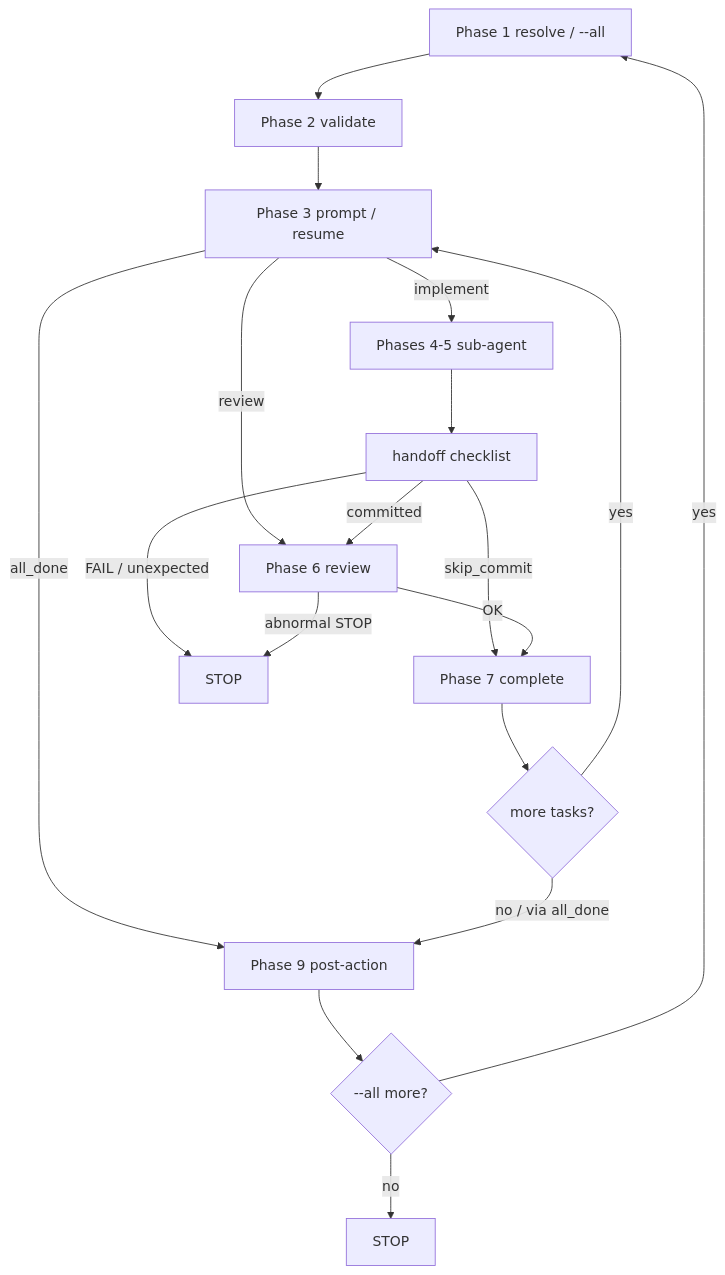
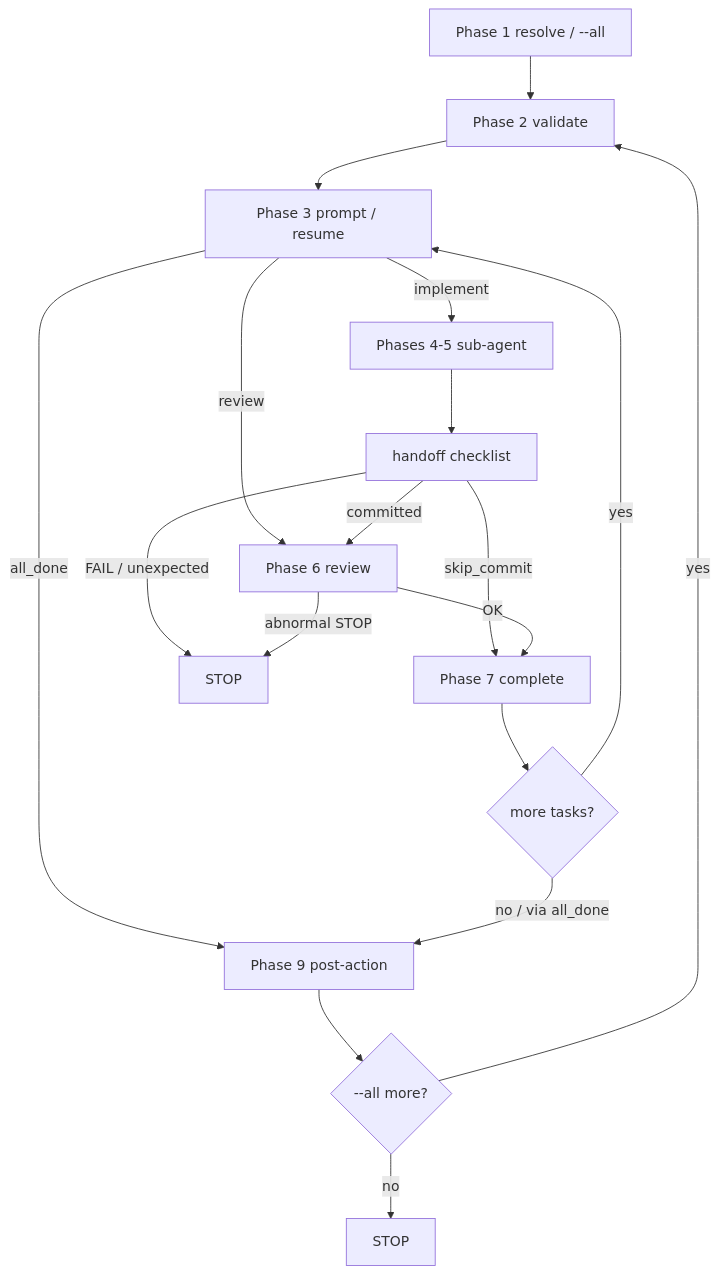
The diagram in skills/spex/commands/apply.md (jiangxin/spex), drawn with Mermaid before and after one commit. The commit also changed other lines of this file and 4 other files, not shown here.

````diff
--- a/skills/spex/commands/apply.md
+++ b/skills/spex/commands/apply.md
@@ -54,20 +58,20 @@
 ```mermaid
 flowchart TD
   P1[Phase 1 resolve / --all] --> P2[Phase 2 validate]
   P2 --> P3[Phase 3 prompt / resume]
   P3 -->|all_done| P9[Phase 9 post-action]
   P3 -->|review| P6[Phase 6 review]
   P3 -->|implement| SA[Phases 4-5 sub-agent]
   SA --> HO[handoff checklist]
   HO -->|committed| P6
   HO -->|skip_commit| P7[Phase 7 complete]
   HO -->|FAIL / unexpected| STOP[STOP]
   P6 -->|abnormal STOP| STOP
   P6 -->|OK| P7
   P7 --> P8{more tasks?}
   P8 -->|yes| P3
   P8 -->|no / via all_done| P9
   P9 --> ALL{--all more?}
-  ALL -->|yes| P1
+  ALL -->|yes| P2
   ALL -->|no| END[STOP]
 ```
````
